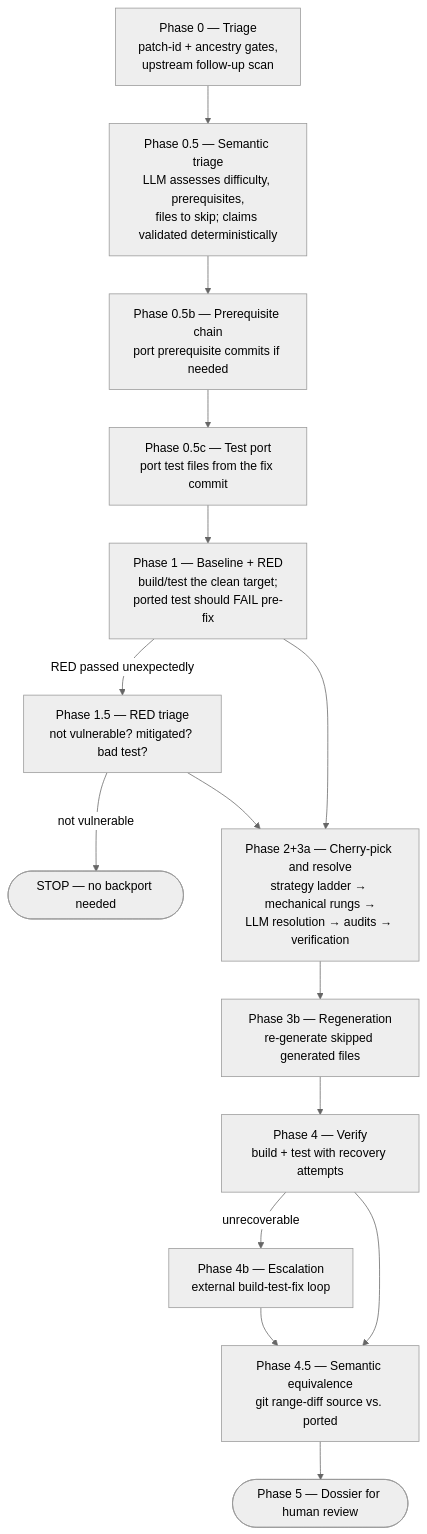
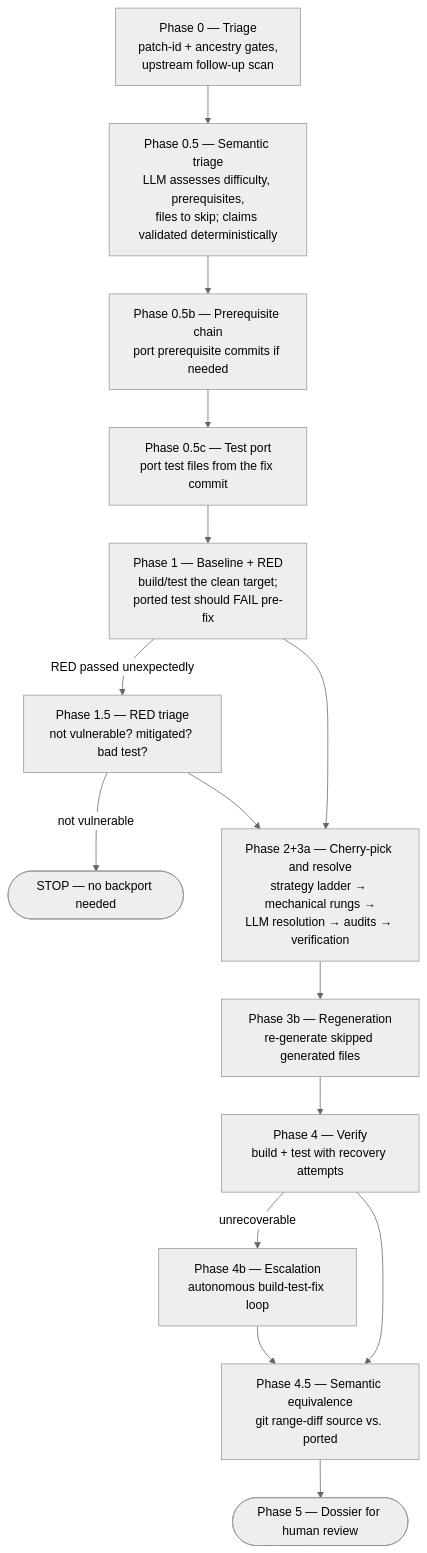
Before and after one commit to amalgamator-ai/amalgamator: the diagram in auto_bug_fix/README.md, drawn with Mermaid (neutral theme). The commit also changed other lines of this file and 9 other files, not shown here.

````diff
--- a/auto_bug_fix/README.md
+++ b/auto_bug_fix/README.md
@@ -20,17 +20,17 @@
 ```mermaid
 flowchart TD
     T0[Phase 0 — Triage<br/>patch-id + ancestry gates,<br/>upstream follow-up scan] --> T05[Phase 0.5 — Semantic triage<br/>LLM assesses difficulty, prerequisites,<br/>files to skip; claims validated deterministically]
     T05 --> P05B[Phase 0.5b — Prerequisite chain<br/>port prerequisite commits if needed]
     P05B --> P05C[Phase 0.5c — Test port<br/>port test files from the fix commit]
     P05C --> P1[Phase 1 — Baseline + RED<br/>build/test the clean target;<br/>ported test should FAIL pre-fix]
     P1 -->|RED passed unexpectedly| P15[Phase 1.5 — RED triage<br/>not vulnerable? mitigated? bad test?]
     P15 -->|not vulnerable| STOP([STOP — no backport needed])
     P1 --> P2[Phase 2+3a — Cherry-pick and resolve<br/>strategy ladder → mechanical rungs →<br/>LLM resolution → audits → verification]
     P15 --> P2
     P2 --> P3B[Phase 3b — Regeneration<br/>re-generate skipped generated files]
     P3B --> P4[Phase 4 — Verify<br/>build + test with recovery attempts]
-    P4 -->|unrecoverable| P4B[Phase 4b — Escalation<br/>external build-test-fix loop]
+    P4 -->|unrecoverable| P4B[Phase 4b — Escalation<br/>autonomous build-test-fix loop]
     P4 --> P45[Phase 4.5 — Semantic equivalence<br/>git range-diff source vs. ported]
     P4B --> P45
     P45 --> P5([Phase 5 — Dossier for human review])
 ```
````
